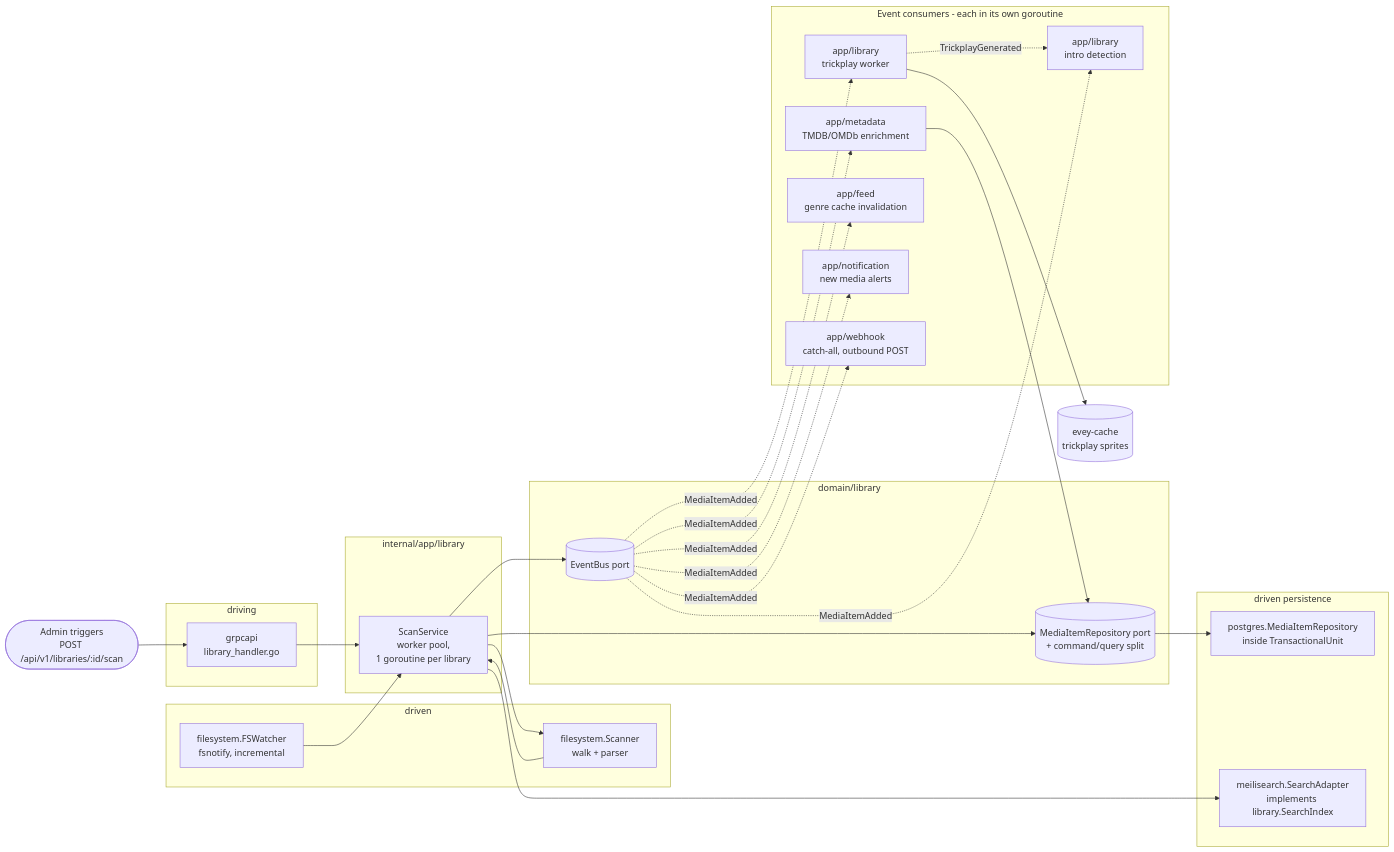
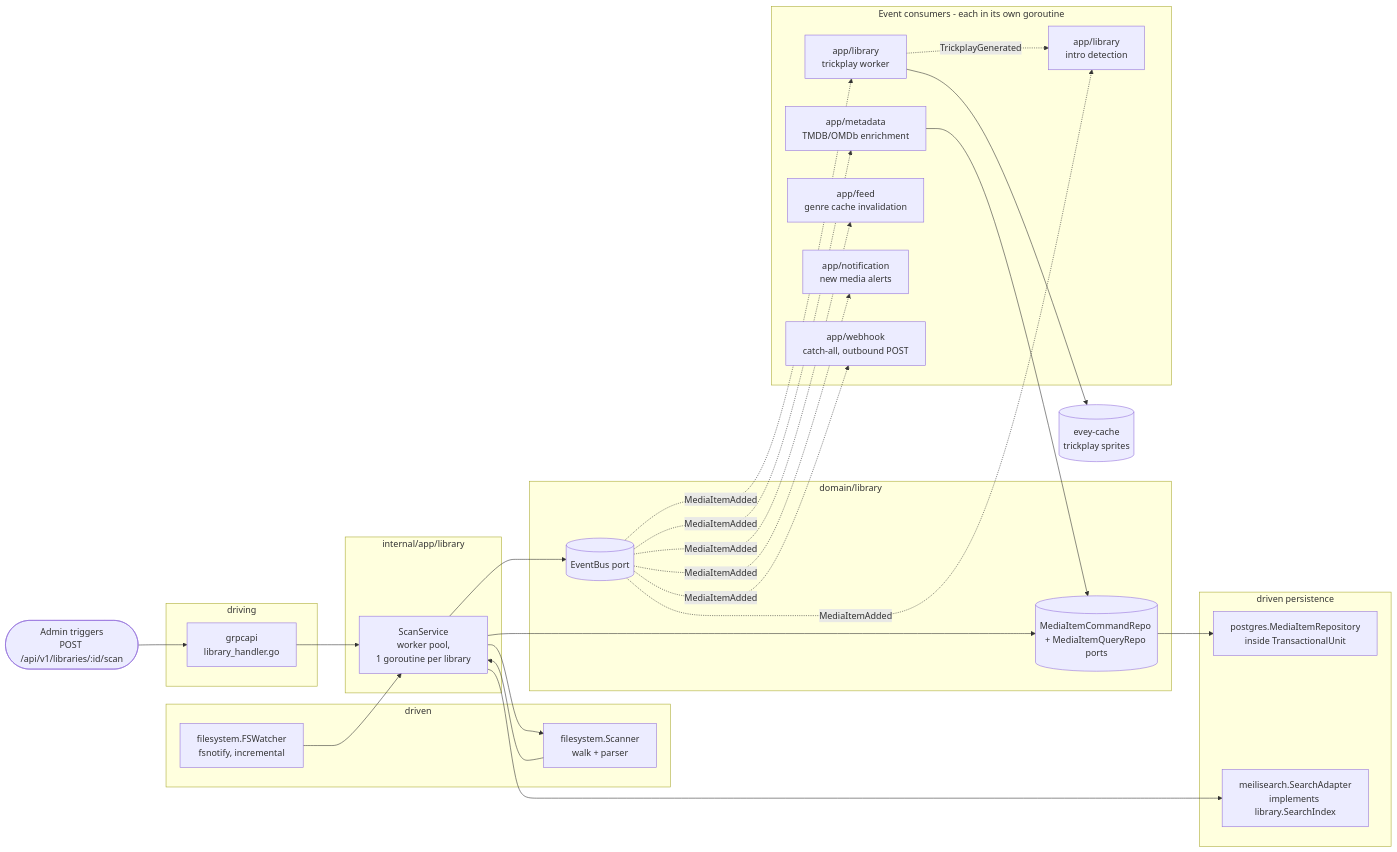
The fourth of 4 diagrams in docs/ARCHITECTURE.md (eveyproject/evey), drawn with Mermaid before and after one commit. The commit also changed other lines of this file and 2 other files, not shown here.

````diff
--- a/docs/ARCHITECTURE.md
+++ b/docs/ARCHITECTURE.md
@@ -292,54 +291,54 @@
 ```mermaid
 flowchart LR
     user([Admin triggers<br/>POST /api/v1/libraries/:id/scan])
 
     subgraph driving2[driving]
         h[grpcapi<br/>library_handler.go]
     end
 
     subgraph appLayer[internal/app/library]
         svc[ScanService<br/>worker pool,<br/>1 goroutine per library]
     end
 
     subgraph drivenScan[driven]
         scanner[filesystem.Scanner<br/>walk + parser]
         watcher[filesystem.FSWatcher<br/>fsnotify, incremental]
     end
 
     subgraph domainScan[domain/library]
-        repo[(MediaItemRepository port<br/>+ command/query split)]
+        repo[(MediaItemCommandRepo + MediaItemQueryRepo ports)]
         bus[(EventBus port)]
     end
 
     subgraph persist[driven persistence]
         pgrepo[postgres.MediaItemRepository<br/>inside TransactionalUnit]
         searchidx[meilisearch.SearchAdapter<br/>implements library.SearchIndex]
     end
 
     subgraph consumers[Event consumers - each in its own goroutine]
         meta[app/metadata<br/>TMDB/OMDb enrichment]
         trick[app/library<br/>trickplay worker]
         intro[app/library<br/>intro detection]
         feed[app/feed<br/>genre cache invalidation]
         notif[app/notification<br/>new media alerts]
         wh[app/webhook<br/>catch-all, outbound POST]
     end
 
     user --> h --> svc
     svc --> scanner
     watcher --> svc
     scanner --> svc
     svc --> repo
     repo --> pgrepo
     svc --> searchidx
     svc --> bus
     bus -. MediaItemAdded .-> meta
     bus -. MediaItemAdded .-> trick
     bus -. MediaItemAdded .-> intro
     bus -. MediaItemAdded .-> feed
     bus -. MediaItemAdded .-> notif
     bus -. MediaItemAdded .-> wh
     trick -. TrickplayGenerated .-> intro
     meta --> repo
     trick --> ffstore[(evey-cache<br/>trickplay sprites)]
 ```
````
